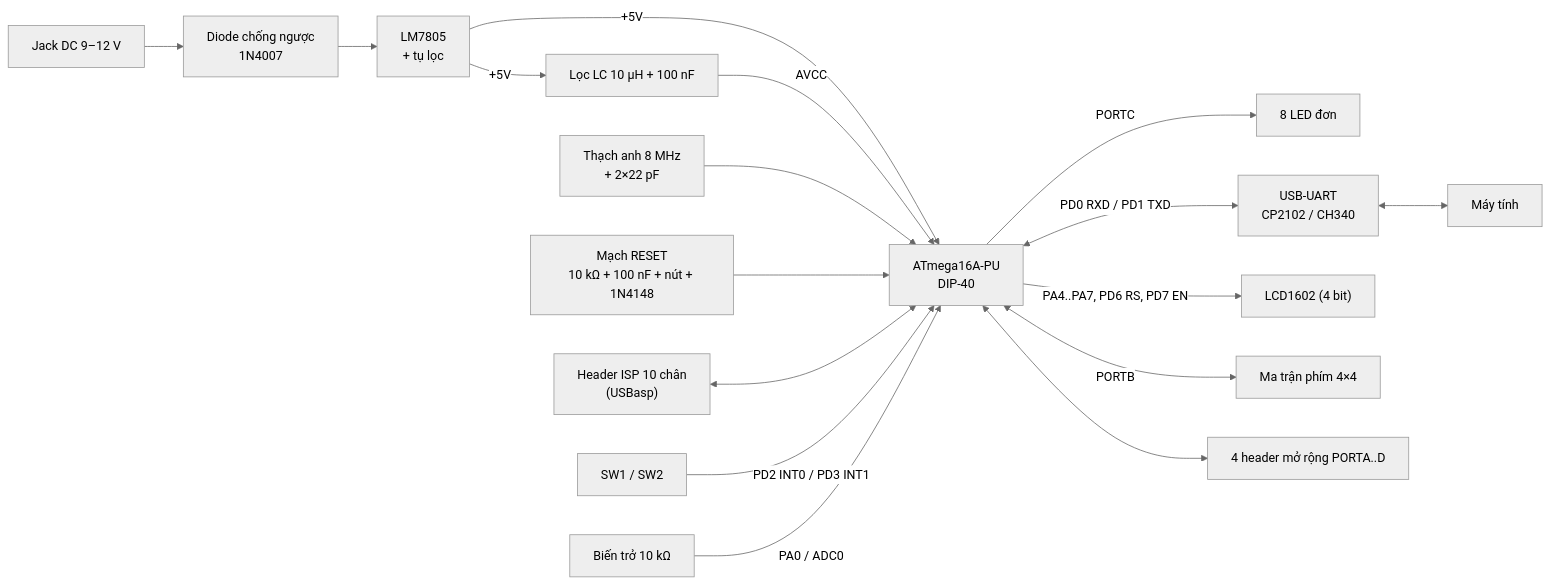
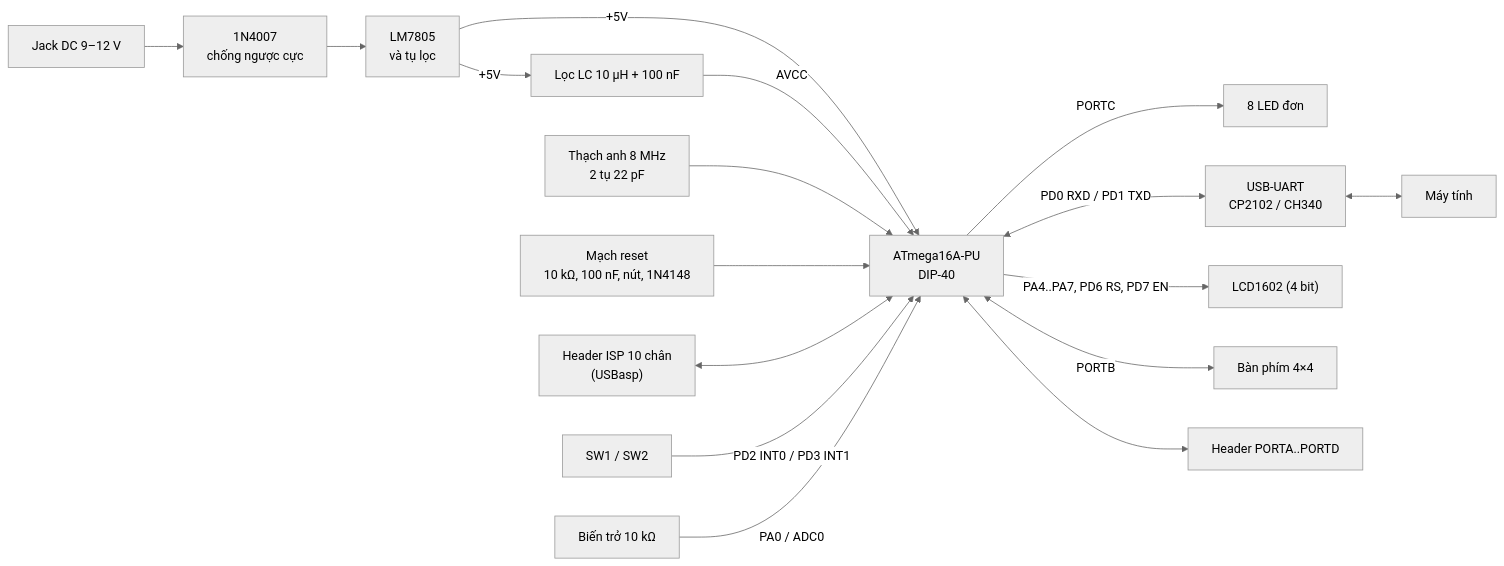
One commit to ndhuy1127/DA2-KIT-ATmega16 changed the diagram in docs/tuan-01/yeu-cau-va-so-do-khoi.md. Above: the diagram before and after it, drawn with Mermaid (neutral theme). The commit also changed other lines of this file and 10 other files, not shown here.

````diff
--- a/docs/tuan-01/yeu-cau-va-so-do-khoi.md
+++ b/docs/tuan-01/yeu-cau-va-so-do-khoi.md
@@ -28,17 +31,17 @@
 ```mermaid
 flowchart LR
-    DC["Jack DC 9–12 V"] --> PROT["Diode chống ngược<br/>1N4007"] --> REG["LM7805<br/>+ tụ lọc"]
+    DC["Jack DC 9–12 V"] --> PROT["1N4007<br/>chống ngược cực"] --> REG["LM7805<br/>và tụ lọc"]
     REG -- "+5V" --> MCU
     REG -- "+5V" --> LCF["Lọc LC 10 µH + 100 nF"] -- AVCC --> MCU
-    CLK["Thạch anh 8 MHz<br/>+ 2×22 pF"] --> MCU
-    RST["Mạch RESET<br/>10 kΩ + 100 nF + nút + 1N4148"] --> MCU
+    CLK["Thạch anh 8 MHz<br/>2 tụ 22 pF"] --> MCU
+    RST["Mạch reset<br/>10 kΩ, 100 nF, nút, 1N4148"] --> MCU
     ISP["Header ISP 10 chân<br/>(USBasp)"] <--> MCU
     MCU["ATmega16A-PU<br/>DIP-40"]
     MCU -- PORTC --> LED["8 LED đơn"]
     BTN["SW1 / SW2"] -- "PD2 INT0 / PD3 INT1" --> MCU
     POT["Biến trở 10 kΩ"] -- "PA0 / ADC0" --> MCU
     MCU <-- "PD0 RXD / PD1 TXD" --> UART["USB-UART<br/>CP2102 / CH340"] <--> PC["Máy tính"]
     MCU -- "PA4..PA7, PD6 RS, PD7 EN" --> LCD["LCD1602 (4 bit)"]
-    MCU <-- PORTB --> KEY["Ma trận phím 4×4"]
-    MCU <--> HDR["4 header mở rộng PORTA..D"]
+    MCU <-- PORTB --> KEY["Bàn phím 4×4"]
+    MCU <--> HDR["Header PORTA..PORTD"]
 ```
````
